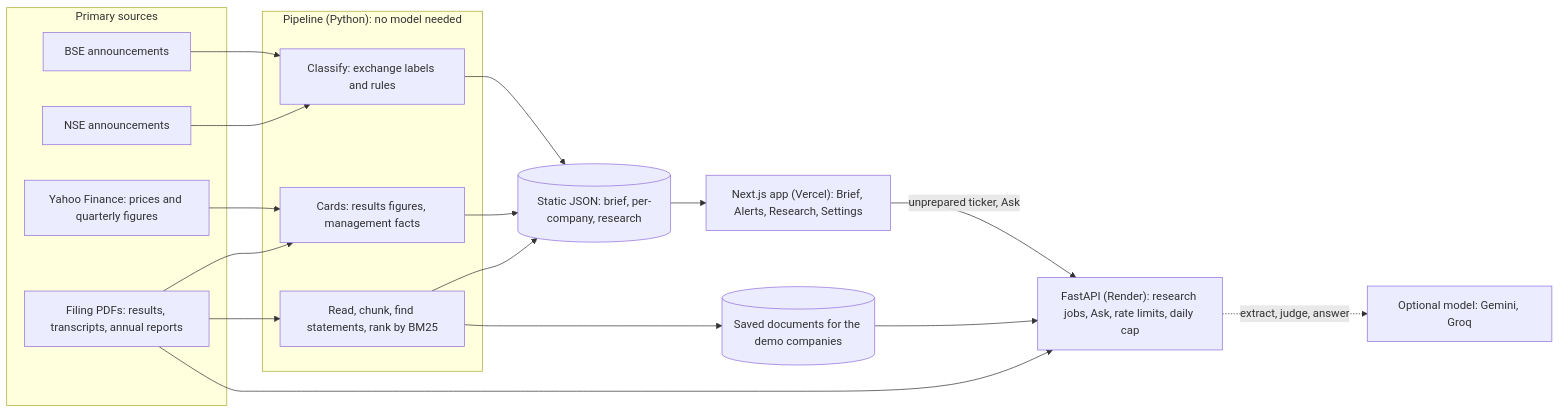
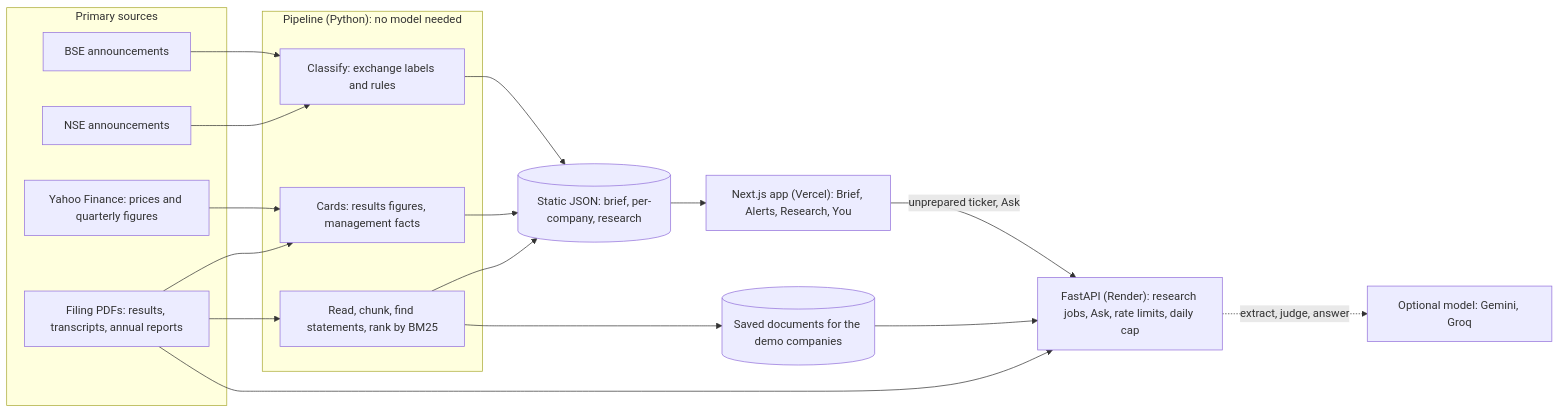
Before and after one commit to dpathriya8-maker/finn: the diagram in README.md, drawn with Mermaid. The commit also changed other lines of this file and 37 other files, not shown here.

````diff
--- a/README.md
+++ b/README.md
@@ -69,34 +69,34 @@
 ```mermaid
 flowchart LR
   subgraph Sources["Primary sources"]
     BSE["BSE announcements"]
     NSE["NSE announcements"]
     YF["Yahoo Finance: prices and quarterly figures"]
     PDF["Filing PDFs: results, transcripts, annual reports"]
   end
   subgraph Pipeline["Pipeline (Python): no model needed"]
     CL["Classify: exchange labels and rules"]
     CARDS["Cards: results figures, management facts"]
     READ["Read, chunk, find statements, rank by BM25"]
   end
   DATA[("Static JSON: brief, per-company, research")]
   CORPUS[("Saved documents for the demo companies")]
-  WEB["Next.js app (Vercel): Brief, Alerts, Research, Settings"]
+  WEB["Next.js app (Vercel): Brief, Alerts, Research, You"]
   API["FastAPI (Render): research jobs, Ask, rate limits, daily cap"]
   LLM["Optional model: Gemini, Groq"]
 
   BSE --> CL
   NSE --> CL
   CL --> DATA
   PDF --> CARDS
   YF --> CARDS
   CARDS --> DATA
   PDF --> READ
   READ --> DATA
   READ --> CORPUS
   DATA --> WEB
   WEB -->|"unprepared ticker, Ask"| API
   CORPUS --> API
   PDF --> API
   API -.->|"extract, judge, answer"| LLM
 ```
````
